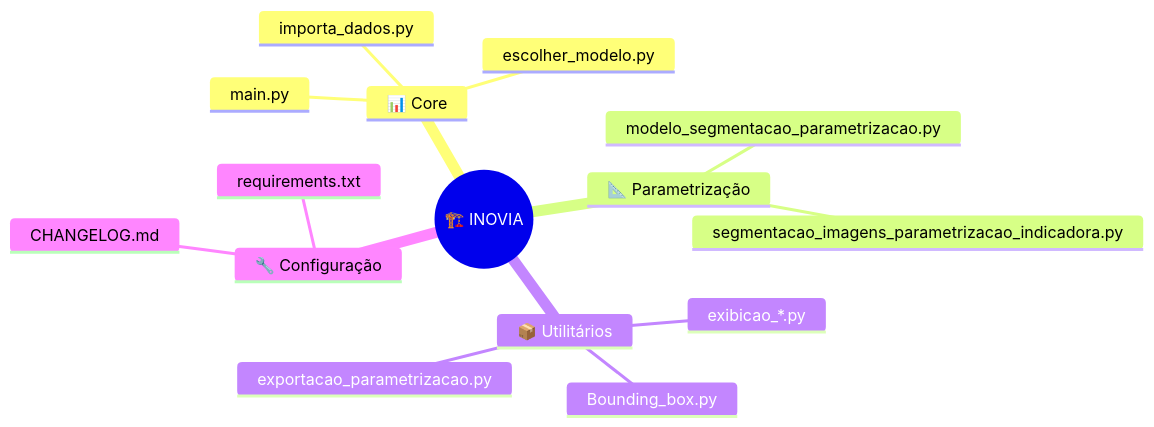
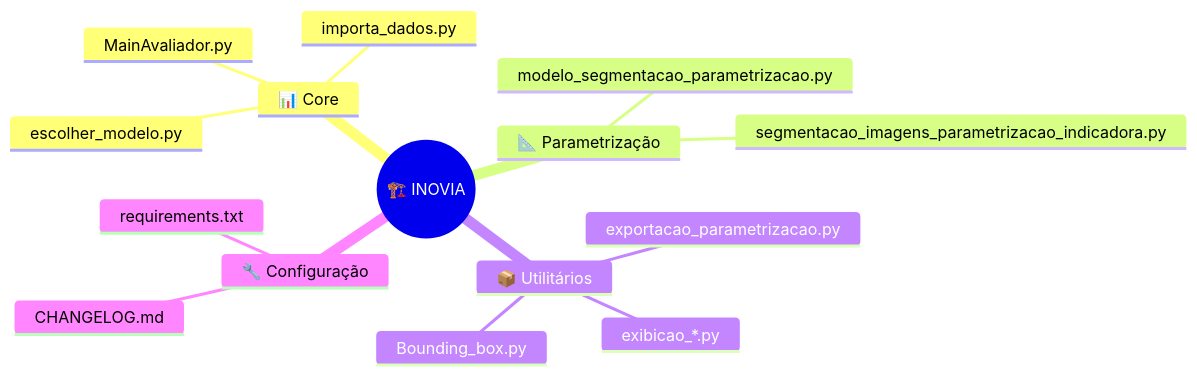
Before and after one commit to danilorigitano/DesafioInovia-dev: diagram 13 of 15 in README.md, drawn with Mermaid. The commit also changed other lines of this file and 8 other files, not shown here.

````diff
--- a/README.md
+++ b/README.md
@@ -367,18 +625,18 @@
 ```mermaid
 mindmap
     root((🏗️ INOVIA))
         📊 Core
-            main.py
+            MainAvaliador.py
             importa_dados.py
             escolher_modelo.py
         📐 Parametrização
             modelo_segmentacao_parametrizacao.py
             segmentacao_imagens_parametrizacao_indicadora.py
         📦 Utilitários
             Bounding_box.py
             exibicao_*.py
             exportacao_parametrizacao.py
         🔧 Configuração
             requirements.txt
             CHANGELOG.md
 ```
````
